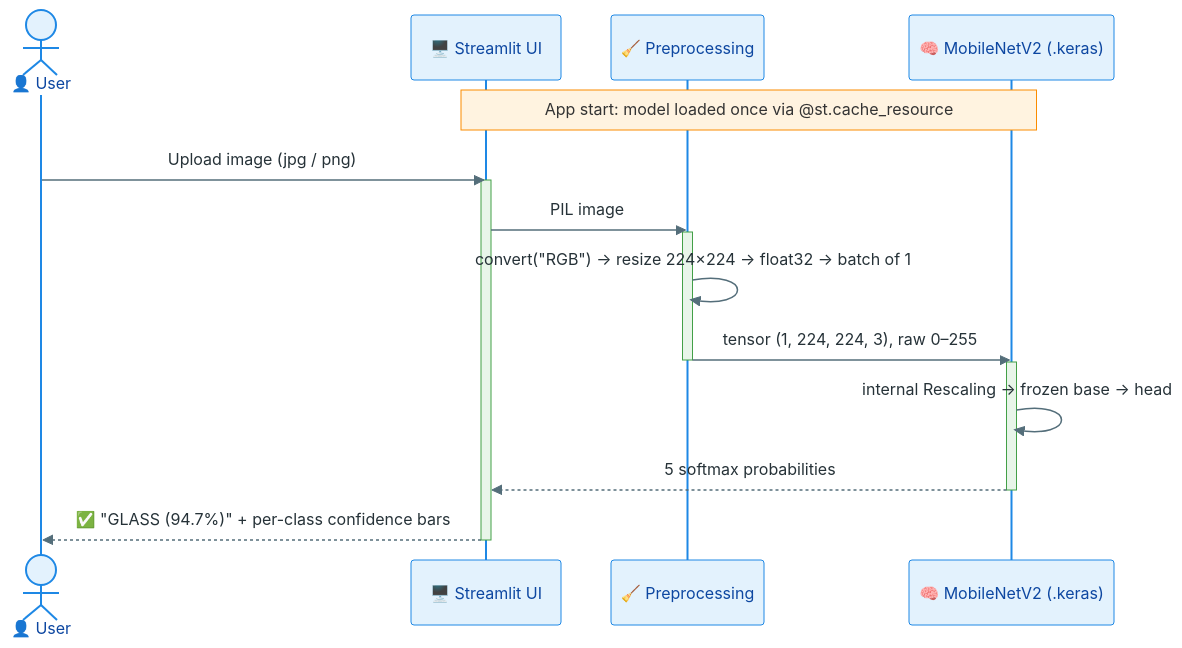
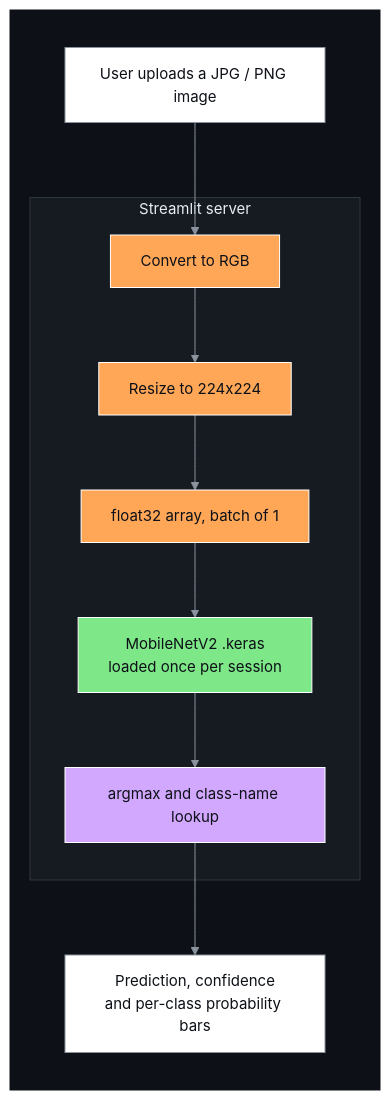
One commit to sidhantds/Waste-Classification changed the sixth of 6 diagrams in README.md. Above: the diagram before and after it, drawn with Mermaid. The commit also changed other lines of this file, not shown here.

````diff
--- a/README.md
+++ b/README.md
@@ -368,23 +533,25 @@
 ```mermaid
-%%{init: {'theme': 'base', 'themeVariables': {'background': '#ffffff', 'actorBkg': '#E3F2FD', 'actorBorder': '#1E88E5', 'actorTextColor': '#0D47A1', 'signalColor': '#546E7A', 'signalTextColor': '#263238', 'noteBkgColor': '#FFF3E0', 'noteBorderColor': '#FB8C00', 'activationBkgColor': '#E8F5E9', 'activationBorderColor': '#43A047', 'fontFamily': 'Arial'}}}%%
-sequenceDiagram
-    actor U as 👤 User
-    participant UI as 🖥️ Streamlit UI
-    participant P as 🧹 Preprocessing
-    participant M as 🧠 MobileNetV2 (.keras)
+%%{init: {'theme': 'base', 'themeVariables': {'background': '#0d1117', 'lineColor': '#8b949e', 'textColor': '#0d1117', 'edgeLabelBackground': '#ffffff', 'clusterBkg': '#161b22', 'clusterBorder': '#30363d', 'titleColor': '#e6edf3', 'fontFamily': 'Arial', 'fontSize': '15px'}}}%%
+flowchart TB
+    subgraph BG[" "]
+        direction TB
+        U["User uploads a JPG / PNG image"]:::white
+        subgraph SV["Streamlit server"]
+            P1["Convert to RGB"]:::orange
+            P2["Resize to 224x224"]:::orange
+            P3["float32 array, batch of 1"]:::orange
+            M["MobileNetV2 .keras<br/>loaded once per session"]:::green
+            P4["argmax and class-name lookup"]:::purple
+        end
+        OUT["Prediction, confidence<br/>and per-class probability bars"]:::white
+        U --> P1 --> P2 --> P3 --> M --> P4 --> OUT
+    end
 
-    Note over UI,M: App start: model loaded once via @st.cache_resource
-    U->>UI: Upload image (jpg / png)
-    activate UI
-    UI->>P: PIL image
-    activate P
-    P->>P: convert("RGB") → resize 224×224 → float32 → batch of 1
-    P->>M: tensor (1, 224, 224, 3), raw 0–255
-    deactivate P
-    activate M
-    M->>M: internal Rescaling → frozen base → head
-    M-->>UI: 5 softmax probabilities
-    deactivate M
-    UI-->>U: ✅ "GLASS (94.7%)" + per-class confidence bars
-    deactivate UI
+    classDef orange fill:#ffa657,stroke:#ffffff,stroke-width:1px,color:#0d1117
+    classDef green fill:#7ee787,stroke:#ffffff,stroke-width:1px,color:#0d1117
+    classDef purple fill:#d2a8ff,stroke:#ffffff,stroke-width:1px,color:#0d1117
+    classDef white fill:#ffffff,stroke:#8b949e,stroke-width:1px,color:#0d1117
+
+    style BG fill:#0d1117,stroke:#0d1117
+    style SV fill:#161b22,stroke:#30363d,color:#e6edf3
 ```
````
